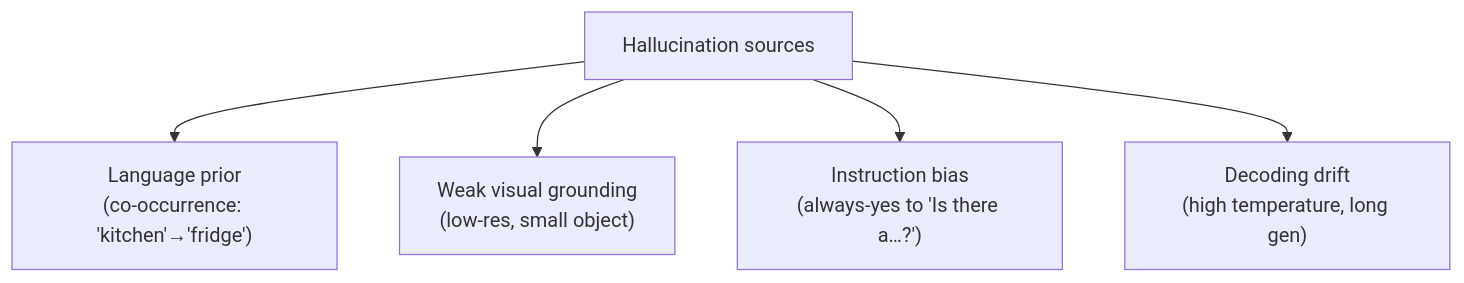
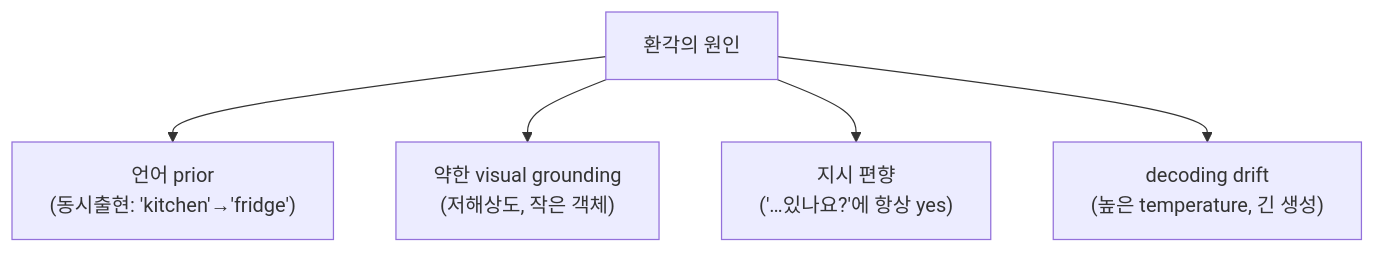
One commit to beomyoung-kim/ml_study changed the second of 2 diagrams in content/vlm/instruction-tuning.ko.md. Above: the diagram before and after it, drawn with Mermaid. The commit also changed other lines of this file and 209 other files, not shown here.

````diff
--- a/content/vlm/instruction-tuning.ko.md
+++ b/content/vlm/instruction-tuning.ko.md
@@ -110,7 +205,7 @@
 ```mermaid
 flowchart TB
-  H["Hallucination sources"] --> LP["Language prior<br/>(co-occurrence: 'kitchen'→'fridge')"]
-  H --> WV["Weak visual grounding<br/>(low-res, small object)"]
-  H --> BIAS["Instruction bias<br/>(always-yes to 'Is there a…?')"]
-  H --> DEC["Decoding drift<br/>(high temperature, long gen)"]
+  H["환각의 원인"] --> LP["언어 prior<br/>(동시출현: 'kitchen'→'fridge')"]
+  H --> WV["약한 visual grounding<br/>(저해상도, 작은 객체)"]
+  H --> BIAS["지시 편향<br/>('…있나요?'에 항상 yes)"]
+  H --> HallDecode["decoding drift<br/>(높은 temperature, 긴 생성)"]
 ```
````
